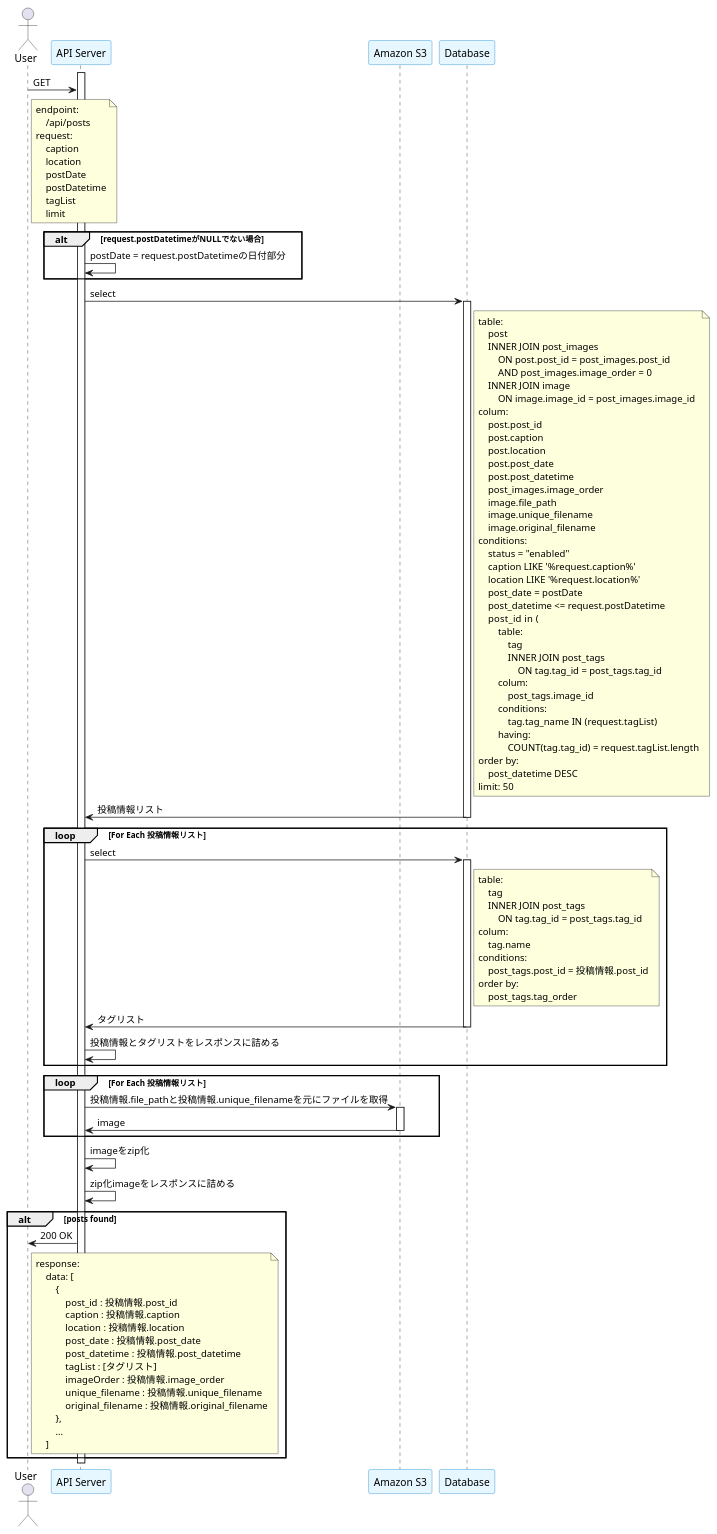
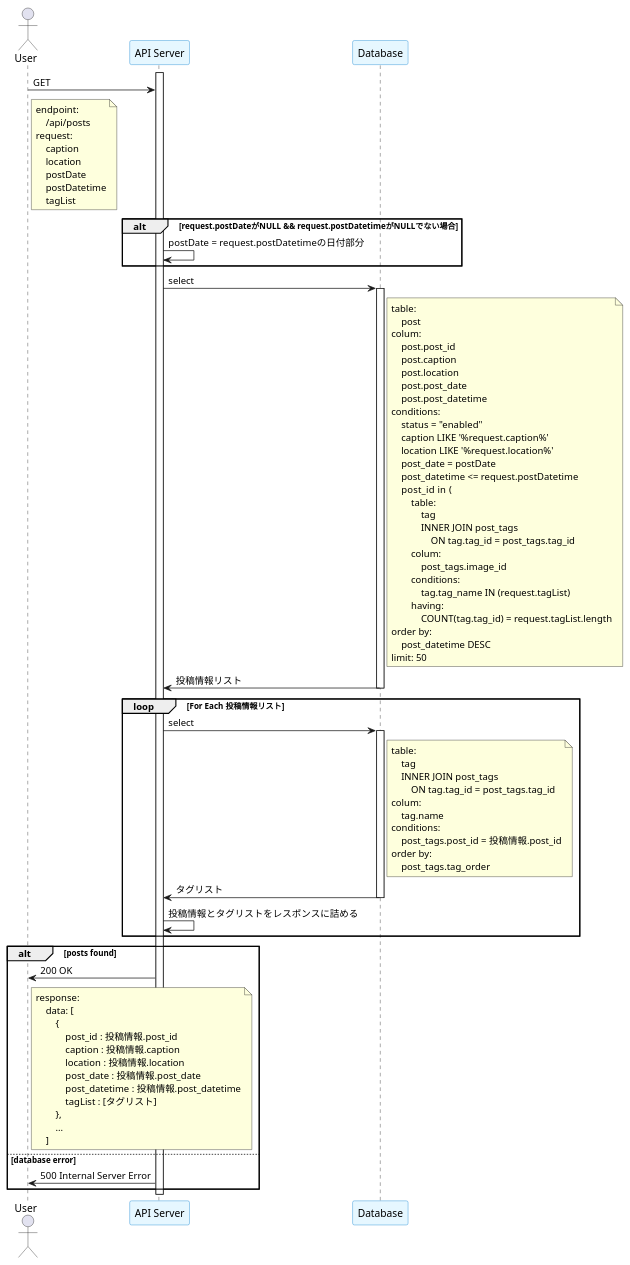
Before and after one commit to takasumi-m/gallery-docs: the diagram in docs/sequence/api/get_posts.puml, drawn with PlantUML. The commit also changed 2 other files, not shown here.

Commit message:
update : getPostsAPI and getImagesAPI feature

```diff
--- a/docs/sequence/api/get_posts.puml
+++ b/docs/sequence/api/get_posts.puml
@@ -1,127 +1,103 @@
 @startuml
 skinparam ParticipantBorderColor #007ACC
 skinparam ParticipantBackgroundColor #E6F7FF
 
 actor User as user
 participant "API Server" as server
-participant "Amazon S3" as S3
 participant "Database" as DB
 
 activate server
 user -> server: GET
 note right of user
     endpoint:
         /api/posts
     request:
         caption
         location
         postDate
         postDatetime
         tagList
-        limit
 end note
-alt request.postDatetimeがNULLでない場合
+alt request.postDateがNULL && request.postDatetimeがNULLでない場合
     server -> server: postDate = request.postDatetimeの日付部分
 end alt
 
 server -> DB: select
 activate DB
 note right of DB
     table:
         post
-        INNER JOIN post_images
-            ON post.post_id = post_images.post_id
-            AND post_images.image_order = 0
-        INNER JOIN image
-            ON image.image_id = post_images.image_id
     colum:
         post.post_id
         post.caption
         post.location
         post.post_date
         post.post_datetime
-        post_images.image_order
-        image.file_path
-        image.unique_filename
-        image.original_filename
     conditions:
         status = "enabled"
         caption LIKE '%request.caption%'
         location LIKE '%request.location%'
         post_date = postDate
         post_datetime <= request.postDatetime
         post_id in  (
             table:
                 tag
                 INNER JOIN post_tags
                     ON tag.tag_id = post_tags.tag_id
             colum:
                 post_tags.image_id
             conditions:
                 tag.tag_name IN (request.tagList)
             having:
                 COUNT(tag.tag_id) = request.tagList.length
     order by:
         post_datetime DESC
     limit: 50
 end note
 
 DB -> server: 投稿情報リスト
 deactivate DB
 
 loop For Each 投稿情報リスト
     server -> DB: select
     activate DB
     note right of DB
         table:
             tag
             INNER JOIN post_tags
                 ON tag.tag_id = post_tags.tag_id
         colum:
             tag.name
         conditions:
             post_tags.post_id = 投稿情報.post_id
         order by:
             post_tags.tag_order
     end note
     DB -> server: タグリスト
     deactivate DB
 
     server -> server: 投稿情報とタグリストをレスポンスに詰める
 end loop
 
-loop For Each 投稿情報リスト
-    server -> S3: 投稿情報.file_pathと投稿情報.unique_filenameを元にファイルを取得
-    activate S3
-    S3 -> server: image
-    deactivate S3
-end loop
-
-server -> server: imageをzip化
-
-server -> server: zip化imageをレスポンスに詰める
-
-
 alt posts found
     server -> user: 200 OK
     note right of user
         response:
             data: [
                 {
                     post_id : 投稿情報.post_id
                     caption : 投稿情報.caption
                     location : 投稿情報.location
                     post_date : 投稿情報.post_date
                     post_datetime : 投稿情報.post_datetime
                     tagList : [タグリスト]
-                    imageOrder : 投稿情報.image_order
-                    unique_filename : 投稿情報.unique_filename
-                    original_filename : 投稿情報.original_filename
                 },
                 ...
             ]
     end note
+else database error
+    server -> user: 500 Internal Server Error
 end alt
 
 deactivate server
 @enduml
```
